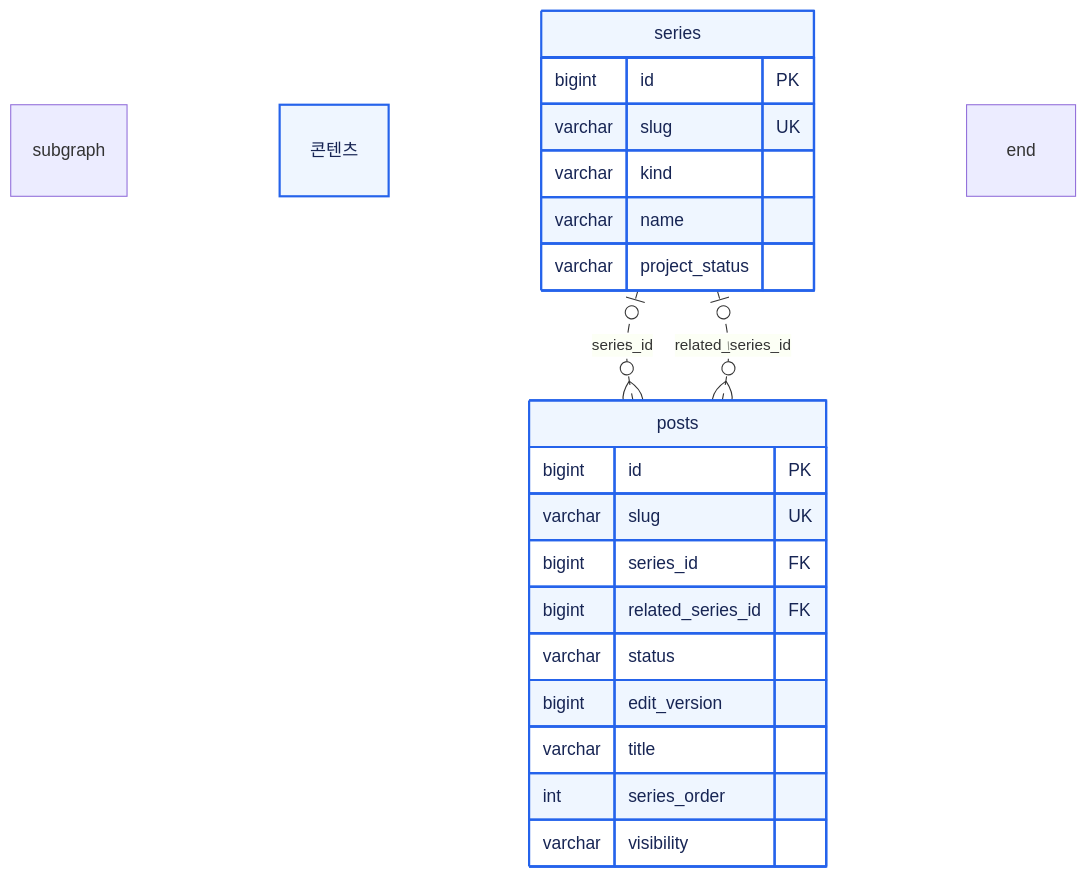
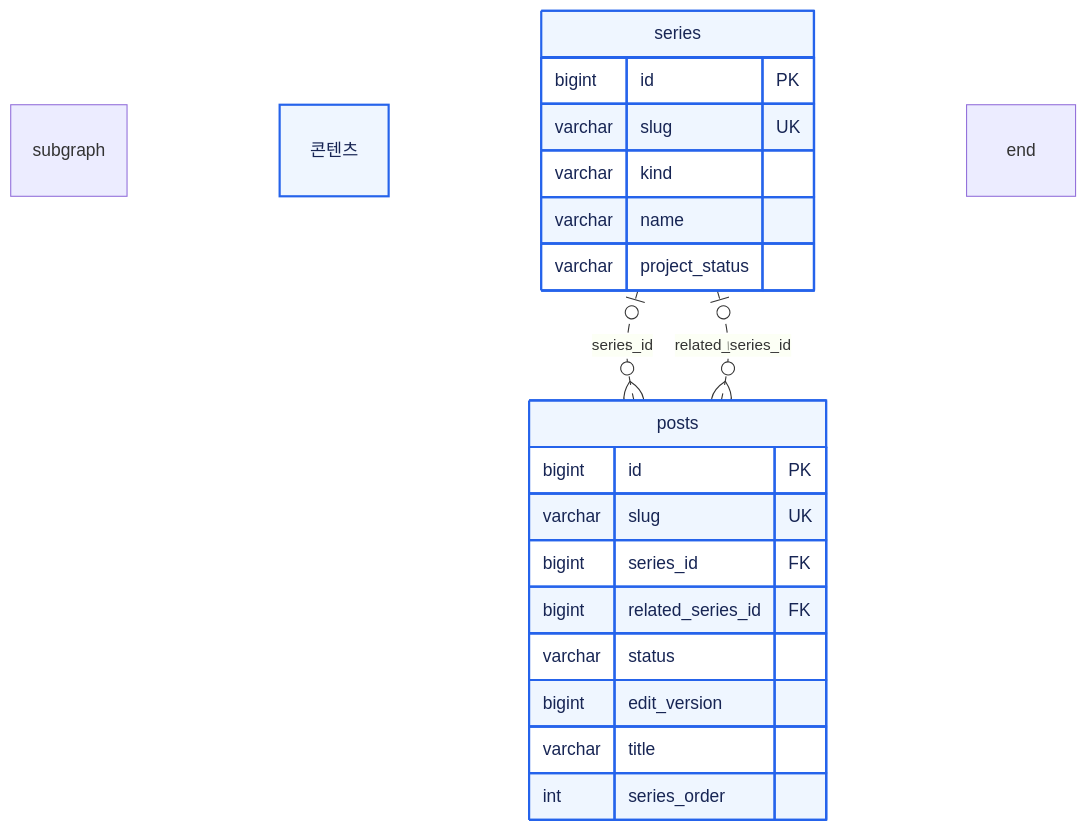
The second of 3 diagrams in content/posts/post-f9235d74-4d5b-4705-8f59-ba3511bd50e9.md (gjaku1031/ken-blog), drawn with Mermaid before and after one commit. The commit also changed other lines of this file and 12 other files, not shown here.

````diff
--- a/content/posts/post-f9235d74-4d5b-4705-8f59-ba3511bd50e9.md
+++ b/content/posts/post-f9235d74-4d5b-4705-8f59-ba3511bd50e9.md
@@ -157,28 +155,27 @@
 ```mermaid caption="글의 소속(series_id)과 관련 프로젝트(related_series_id)는 같은 series 테이블을 가리키는 별개의 선택 관계. 한 시리즈에 소속 글과 관련 글이 각각 0개 이상 연결됨"
 erDiagram
     direction TB
     subgraph content_detail["콘텐츠"]
         posts {
             bigint id PK
             varchar slug UK
             bigint series_id FK
             bigint related_series_id FK
             varchar status
             bigint edit_version
             varchar title
             int series_order
-            varchar visibility
         }
         series {
             bigint id PK
             varchar slug UK
             varchar kind
             varchar name
             varchar project_status
         }
     end
     series |o..o{ posts : series_id
     series |o..o{ posts : related_series_id
     classDef content fill:#eff6ff,stroke:#2563eb,color:#172554,stroke-width:2px
     class content_detail,posts,series content
 ```
````
